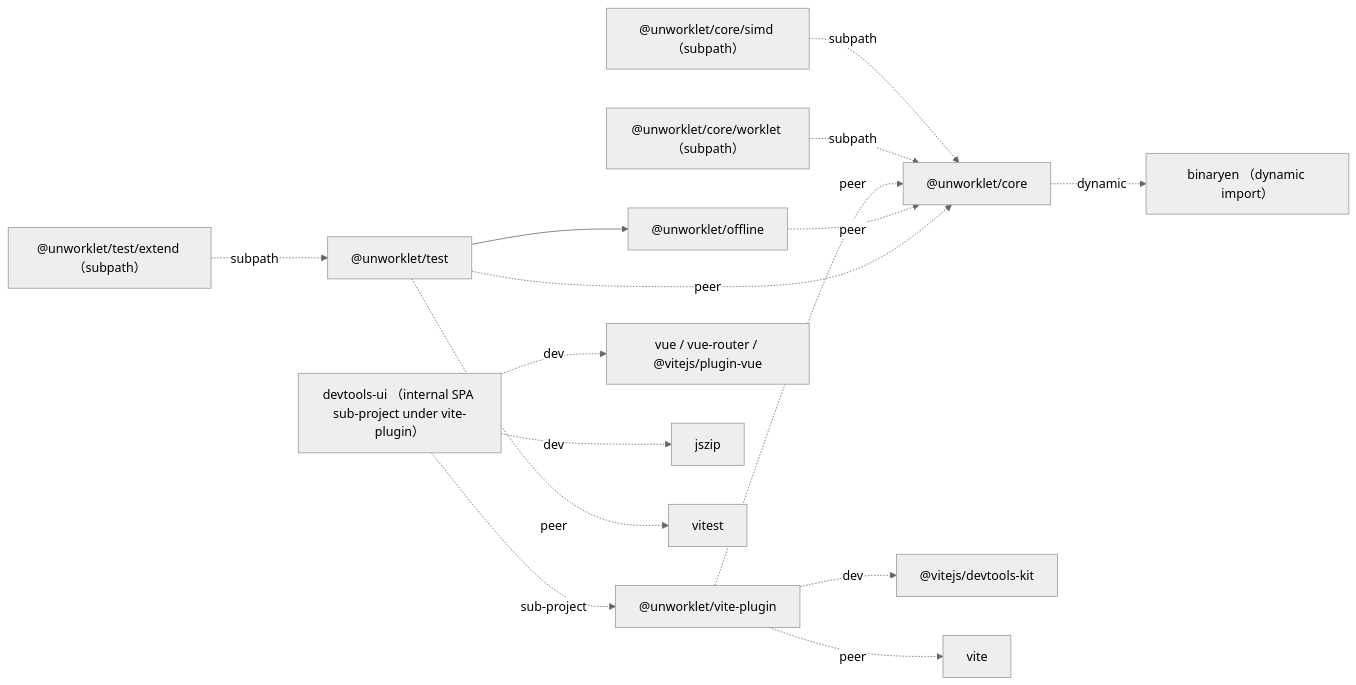
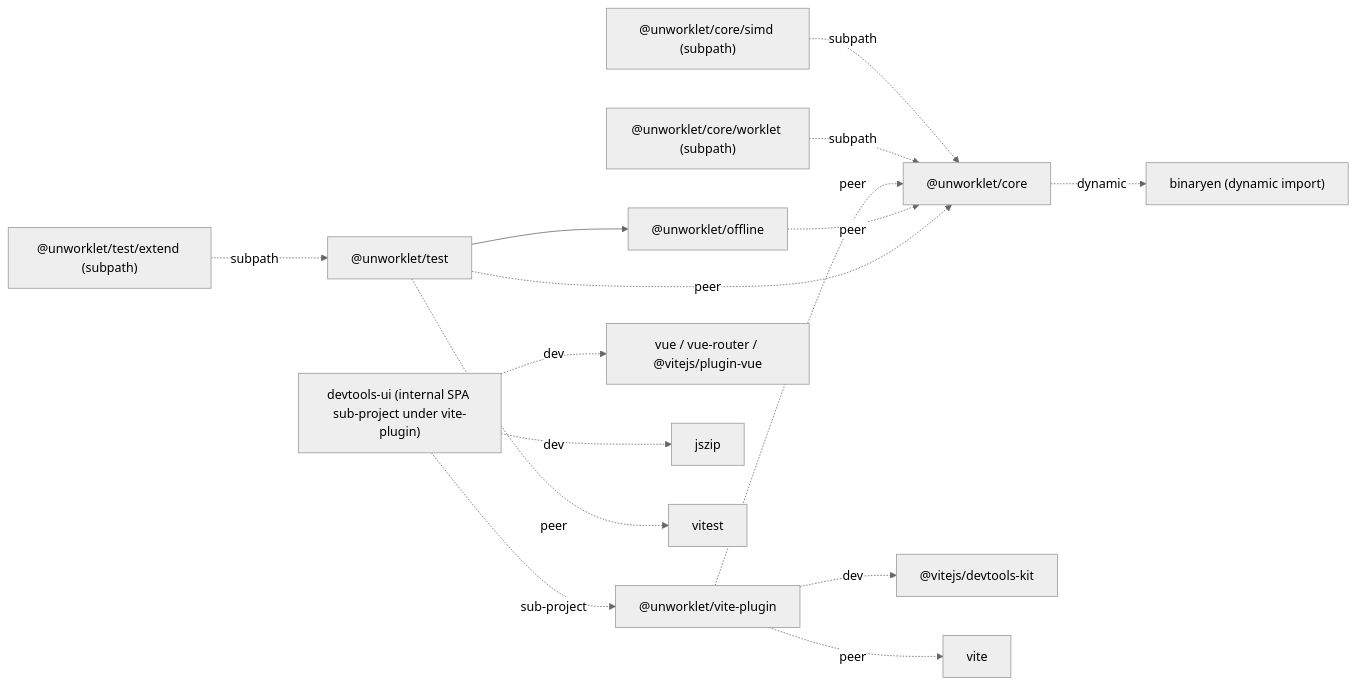
The diagram in docs/09-repo-structure.md (yuichkun/unworklet), drawn with Mermaid (neutral theme) before and after one commit. The commit also changed other lines of this file and 105 other files, not shown here.

````diff
--- a/docs/09-repo-structure.md
+++ b/docs/09-repo-structure.md
@@ -78,32 +78,32 @@
 ```mermaid
 graph LR
   core["@unworklet/core"]
-  simd["@unworklet/core/simd （subpath）"]
-  workletSubpath["@unworklet/core/worklet （subpath）"]
+  simd["@unworklet/core/simd (subpath)"]
+  workletSubpath["@unworklet/core/worklet (subpath)"]
   vp["@unworklet/vite-plugin"]
-  vpUi["devtools-ui （internal SPA sub-project under vite-plugin）"]
+  vpUi["devtools-ui (internal SPA sub-project under vite-plugin)"]
   offline["@unworklet/offline"]
   test["@unworklet/test"]
-  testExtend["@unworklet/test/extend （subpath）"]
-  binaryen["binaryen （dynamic import）"]
+  testExtend["@unworklet/test/extend (subpath)"]
+  binaryen["binaryen (dynamic import)"]
   devtoolsKit["@vitejs/devtools-kit"]
   vue["vue / vue-router / @vitejs/plugin-vue"]
   jszip["jszip"]
   vite[vite]
   vitest[vitest]
 
   simd -.subpath.-> core
   workletSubpath -.subpath.-> core
   testExtend -.subpath.-> test
   core -.dynamic.-> binaryen
   vp -.peer.-> core
   vp -.peer.-> vite
   vp -.dev.-> devtoolsKit
   vpUi -.sub-project.-> vp
   vpUi -.dev.-> vue
   vpUi -.dev.-> jszip
   offline -.peer.-> core
   test --> offline
   test -.peer.-> core
   test -.peer.-> vitest
 ```
````
